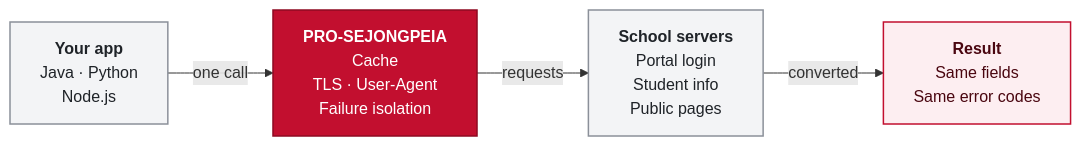
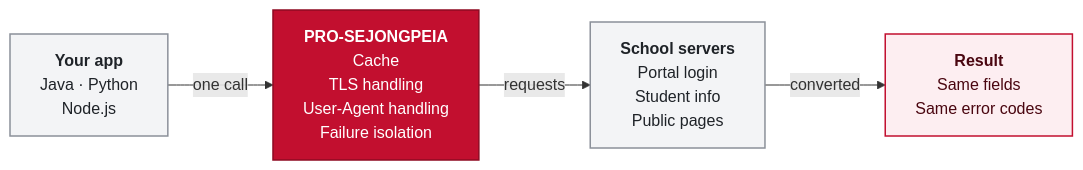
One commit to Cassiiopeia/pro-sejong-auth changed the first of 2 diagrams in README.en.md. Above: the diagram before and after it, drawn with Mermaid. The commit also changed other lines of this file and 11 other files, not shown here.

Commit message:
README와 사이트를 읽기 편하게 정돈하고 플로우차트를 추가 : docs : 차트 글자 크기와 좁은 화면 배치, 표 최소 폭, 안내 상자 색, FAQ·개설강좌 한눈 요약을 다듬기 https://github.com/Cassiiopeia/pro-sejongpeia/issues/148

````diff
--- a/README.en.md
+++ b/README.en.md
@@ -48,15 +48,15 @@
 ```mermaid
 flowchart LR
   app["<b>Your app</b><br/>Java · Python<br/>Node.js"]:::neutral
-  lib["<b>PRO-SEJONGPEIA</b><br/>Cache<br/>TLS · User-Agent<br/>Failure isolation"]:::accent
+  lib["<b>PRO#8209;SEJONGPEIA</b><br/>Cache<br/>TLS handling<br/>User-Agent handling<br/>Failure isolation"]:::accent
   school["<b>School servers</b><br/>Portal login<br/>Student info<br/>Public pages"]:::neutral
   result["<b>Result</b><br/>Same fields<br/>Same error codes"]:::soft
   app -->|"one call"| lib
   lib -->|"requests"| school
   school -->|"converted"| result
 
   classDef neutral fill:#F3F4F6,stroke:#8B9099,stroke-width:1.5px,color:#1F2328
   classDef accent fill:#C20F2F,stroke:#8E0A22,stroke-width:1.5px,color:#FFFFFF
   classDef soft fill:#FDEEF1,stroke:#C20F2F,stroke-width:1.5px,color:#4A0610
   classDef muted fill:#FFFFFF,stroke:#8B9099,stroke-width:1.5px,stroke-dasharray:5 4,color:#1F2328
 ```
````
